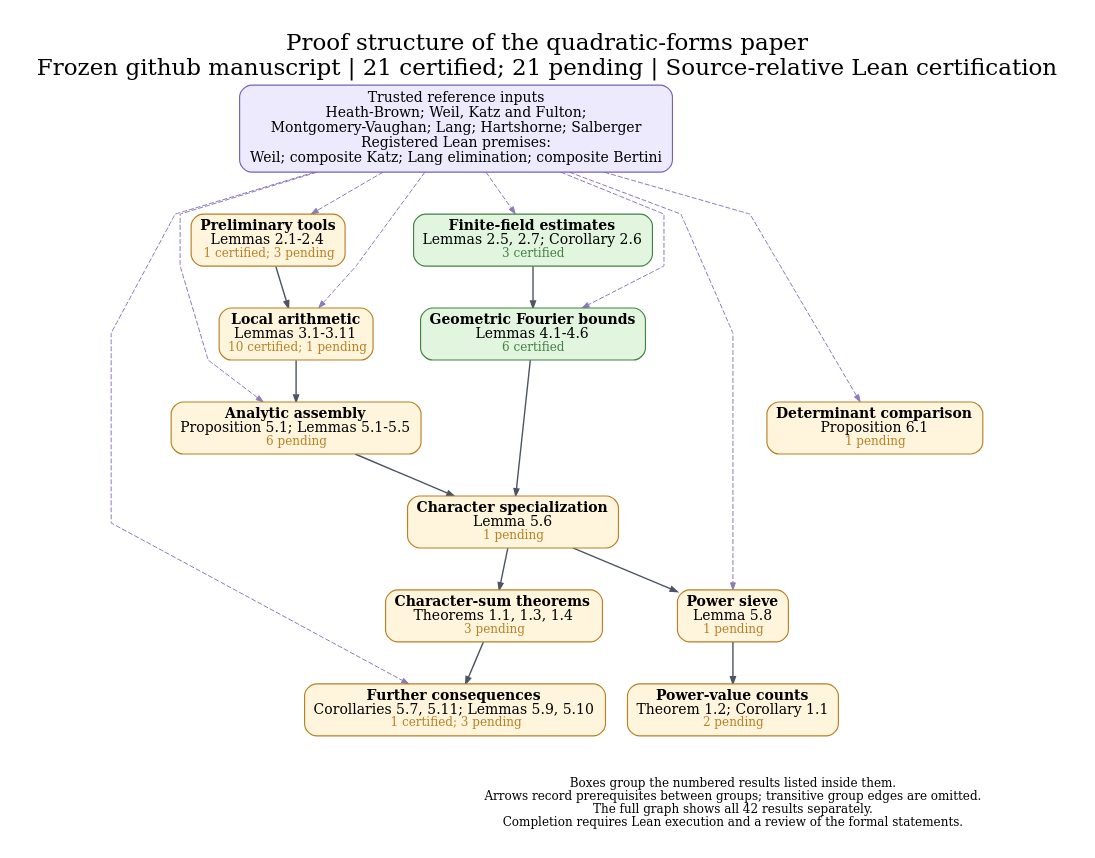
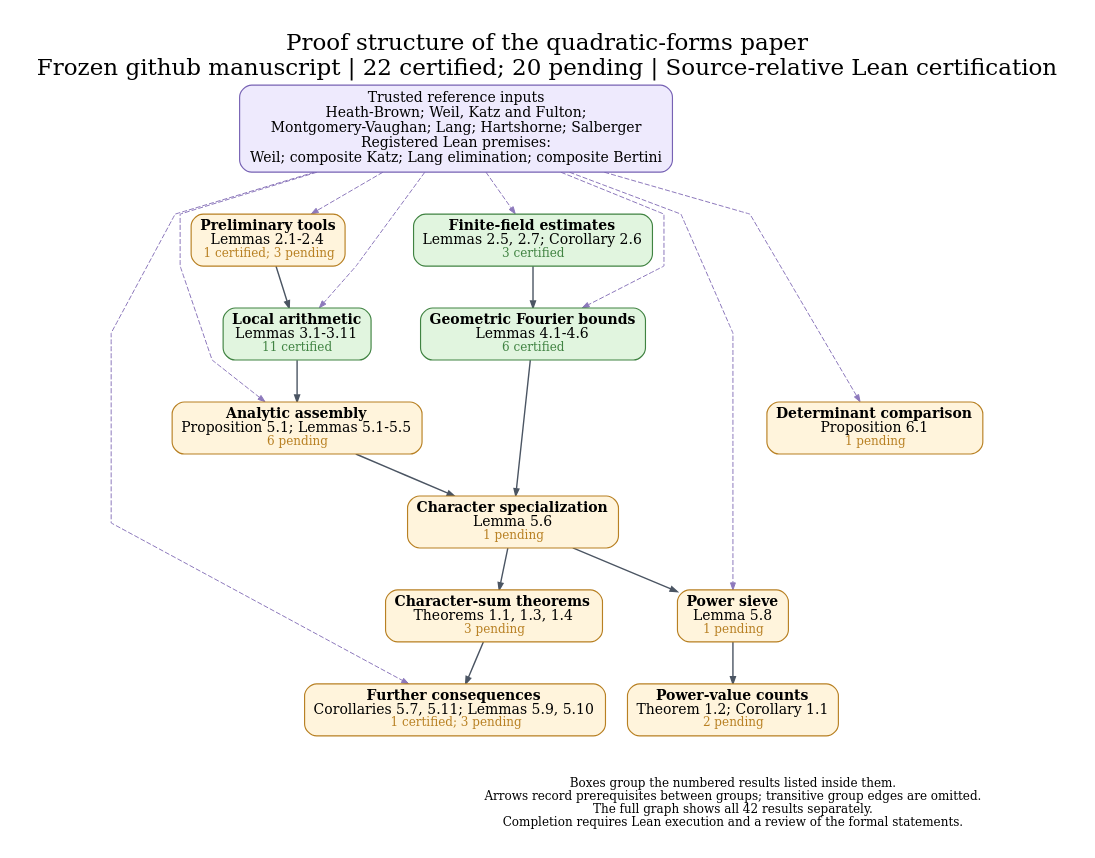
One commit to nicolasrobles/quaternary-quadratic-forms changed the diagram in docs/dependency_overview.dot. Above: the diagram before and after it, drawn with Graphviz. The commit also changed 25 other files, not shown here.

```diff
--- a/docs/dependency_overview.dot
+++ b/docs/dependency_overview.dot
@@ -1,43 +1,43 @@
 digraph Overview {
 graph [rankdir=TB, newrank=true, compound=true, outputorder=edgesfirst,
   bgcolor="white", fontname="DejaVu Serif", fontsize=23, labelloc=t,
-  label="Proof structure of the quadratic-forms paper\nFrozen github manuscript | 21 certified; 21 pending | Source-relative Lean certification",
+  label="Proof structure of the quadratic-forms paper\nFrozen github manuscript | 22 certified; 20 pending | Source-relative Lean certification",
   nodesep=0.30, ranksep=0.58, pad=0.28, splines=polyline];
 node [shape=box, style="rounded,filled", fillcolor="#fff4dc", color="#b88023",
   fontname="DejaVu Serif", fontsize=14, penwidth=1.15, margin="0.12,0.09"];
 edge [color="#4b5563", arrowsize=0.70, penwidth=1.05];
 sources [label="Trusted reference inputs\nHeath-Brown; Weil, Katz and Fulton;\nMontgomery-Vaughan; Lang; Hartshorne; Salberger\nRegistered Lean premises:\nWeil; composite Katz; Lang elimination; composite Bertini", fillcolor="#eeeafd", color="#7762b4", fontsize=14];
 "prelim" [label=<<B>Preliminary tools</B><BR/>Lemmas 2.1-2.4<BR/><FONT POINT-SIZE="12" COLOR="#b88023">1 certified; 3 pending</FONT>>, fillcolor="#fff4dc", color="#b88023", URL="https://github.com/nicolasrobles/quaternary-quadratic-forms/blob/main/INVENTORY.md", target="_blank"];
 "finite" [label=<<B>Finite-field estimates</B><BR/>Lemmas 2.5, 2.7; Corollary 2.6<BR/><FONT POINT-SIZE="12" COLOR="#408342">3 certified</FONT>>, fillcolor="#e1f5df", color="#408342", URL="https://github.com/nicolasrobles/quaternary-quadratic-forms/blob/main/INVENTORY.md", target="_blank"];
-"local" [label=<<B>Local arithmetic</B><BR/>Lemmas 3.1-3.11<BR/><FONT POINT-SIZE="12" COLOR="#b88023">10 certified; 1 pending</FONT>>, fillcolor="#fff4dc", color="#b88023", URL="https://github.com/nicolasrobles/quaternary-quadratic-forms/blob/main/INVENTORY.md", target="_blank"];
+"local" [label=<<B>Local arithmetic</B><BR/>Lemmas 3.1-3.11<BR/><FONT POINT-SIZE="12" COLOR="#408342">11 certified</FONT>>, fillcolor="#e1f5df", color="#408342", URL="https://github.com/nicolasrobles/quaternary-quadratic-forms/blob/main/INVENTORY.md", target="_blank"];
 "fourier" [label=<<B>Geometric Fourier bounds</B><BR/>Lemmas 4.1-4.6<BR/><FONT POINT-SIZE="12" COLOR="#408342">6 certified</FONT>>, fillcolor="#e1f5df", color="#408342", URL="https://github.com/nicolasrobles/quaternary-quadratic-forms/blob/main/INVENTORY.md", target="_blank"];
 "analytic" [label=<<B>Analytic assembly</B><BR/>Proposition 5.1; Lemmas 5.1-5.5<BR/><FONT POINT-SIZE="12" COLOR="#b88023">6 pending</FONT>>, fillcolor="#fff4dc", color="#b88023", URL="https://github.com/nicolasrobles/quaternary-quadratic-forms/blob/main/INVENTORY.md", target="_blank"];
 "characters" [label=<<B>Character specialization</B><BR/>Lemma 5.6<BR/><FONT POINT-SIZE="12" COLOR="#b88023">1 pending</FONT>>, fillcolor="#fff4dc", color="#b88023", URL="https://github.com/nicolasrobles/quaternary-quadratic-forms/blob/main/INVENTORY.md", target="_blank"];
 "sieve" [label=<<B>Power sieve</B><BR/>Lemma 5.8<BR/><FONT POINT-SIZE="12" COLOR="#b88023">1 pending</FONT>>, fillcolor="#fff4dc", color="#b88023", URL="https://github.com/nicolasrobles/quaternary-quadratic-forms/blob/main/INVENTORY.md", target="_blank"];
 "consequences" [label=<<B>Further consequences</B><BR/>Corollaries 5.7, 5.11; Lemmas 5.9, 5.10<BR/><FONT POINT-SIZE="12" COLOR="#b88023">1 certified; 3 pending</FONT>>, fillcolor="#fff4dc", color="#b88023", URL="https://github.com/nicolasrobles/quaternary-quadratic-forms/blob/main/INVENTORY.md", target="_blank"];
 "maincharacters" [label=<<B>Character-sum theorems</B><BR/>Theorems 1.1, 1.3, 1.4<BR/><FONT POINT-SIZE="12" COLOR="#b88023">3 pending</FONT>>, fillcolor="#fff4dc", color="#b88023", URL="https://github.com/nicolasrobles/quaternary-quadratic-forms/blob/main/INVENTORY.md", target="_blank"];
 "mainpowers" [label=<<B>Power-value counts</B><BR/>Theorem 1.2; Corollary 1.1<BR/><FONT POINT-SIZE="12" COLOR="#b88023">2 pending</FONT>>, fillcolor="#fff4dc", color="#b88023", URL="https://github.com/nicolasrobles/quaternary-quadratic-forms/blob/main/INVENTORY.md", target="_blank"];
 "fixed" [label=<<B>Determinant comparison</B><BR/>Proposition 6.1<BR/><FONT POINT-SIZE="12" COLOR="#b88023">1 pending</FONT>>, fillcolor="#fff4dc", color="#b88023", URL="https://github.com/nicolasrobles/quaternary-quadratic-forms/blob/main/INVENTORY.md", target="_blank"];
 "analytic" -> "characters" [penwidth=1.4];
 "characters" -> "maincharacters" [penwidth=1.4];
 "characters" -> "sieve" [penwidth=1.4];
 "finite" -> "fourier" [penwidth=1.4];
 "fourier" -> "characters" [penwidth=1.4];
 "local" -> "analytic" [penwidth=1.4];
 "maincharacters" -> "consequences" [penwidth=1.4];
 "prelim" -> "local" [penwidth=1.4];
 "sieve" -> "mainpowers" [penwidth=1.4];
 sources -> "analytic" [style=dashed, color="#8d79bc", penwidth=1.0];
 sources -> "consequences" [style=dashed, color="#8d79bc", penwidth=1.0];
 sources -> "finite" [style=dashed, color="#8d79bc", penwidth=1.0];
 sources -> "fixed" [style=dashed, color="#8d79bc", penwidth=1.0];
 sources -> "fourier" [style=dashed, color="#8d79bc", penwidth=1.0];
 sources -> "local" [style=dashed, color="#8d79bc", penwidth=1.0];
 sources -> "prelim" [style=dashed, color="#8d79bc", penwidth=1.0];
 sources -> "sieve" [style=dashed, color="#8d79bc", penwidth=1.0];
 legend [shape=plain, style="", label="Boxes group the numbered results listed inside them.\nArrows record prerequisites between groups; transitive group edges are omitted.\nThe full graph shows all 42 results separately.\nCompletion requires Lean execution and a review of the formal statements.", fontsize=12];
 {rank=sink; legend;}
 "consequences" -> legend [style=invis];
 "fixed" -> legend [style=invis];
 "mainpowers" -> legend [style=invis];
 }
```
